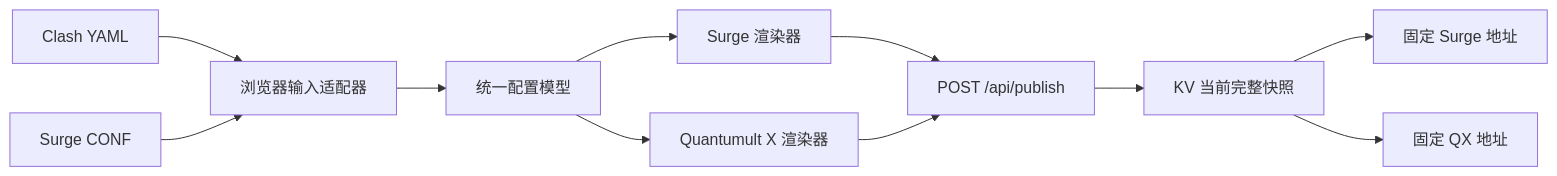
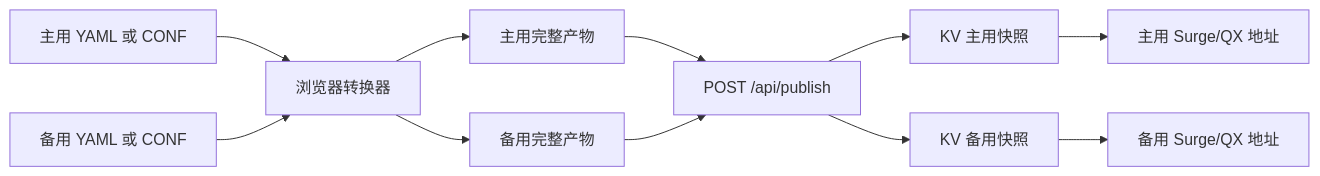
One commit to niyangup/proxy-profile-service changed the diagram in doc/handoff.md. Above: the diagram before and after it, drawn with Mermaid. The commit also changed other lines of this file and 16 other files, not shown here.

````diff
--- a/doc/handoff.md
+++ b/doc/handoff.md
@@ -63,13 +66,13 @@
 ```mermaid
 flowchart LR
-  A[Clash YAML] --> C[浏览器输入适配器]
-  B[Surge CONF] --> C
-  C --> D[统一配置模型]
-  D --> E[Surge 渲染器]
-  D --> F[Quantumult X 渲染器]
-  E --> G[POST /api/publish]
-  F --> G
-  G --> H[KV 当前完整快照]
-  H --> J[固定 Surge 地址]
-  H --> K[固定 QX 地址]
+  A[主用 YAML 或 CONF] --> C[浏览器转换器]
+  B[备用 YAML 或 CONF] --> C
+  C --> D[主用完整产物]
+  C --> E[备用完整产物]
+  D --> F[POST /api/publish]
+  E --> F
+  F --> G[KV 主用快照]
+  F --> H[KV 备用快照]
+  G --> I[主用 Surge/QX 地址]
+  H --> J[备用 Surge/QX 地址]
 ```
````
